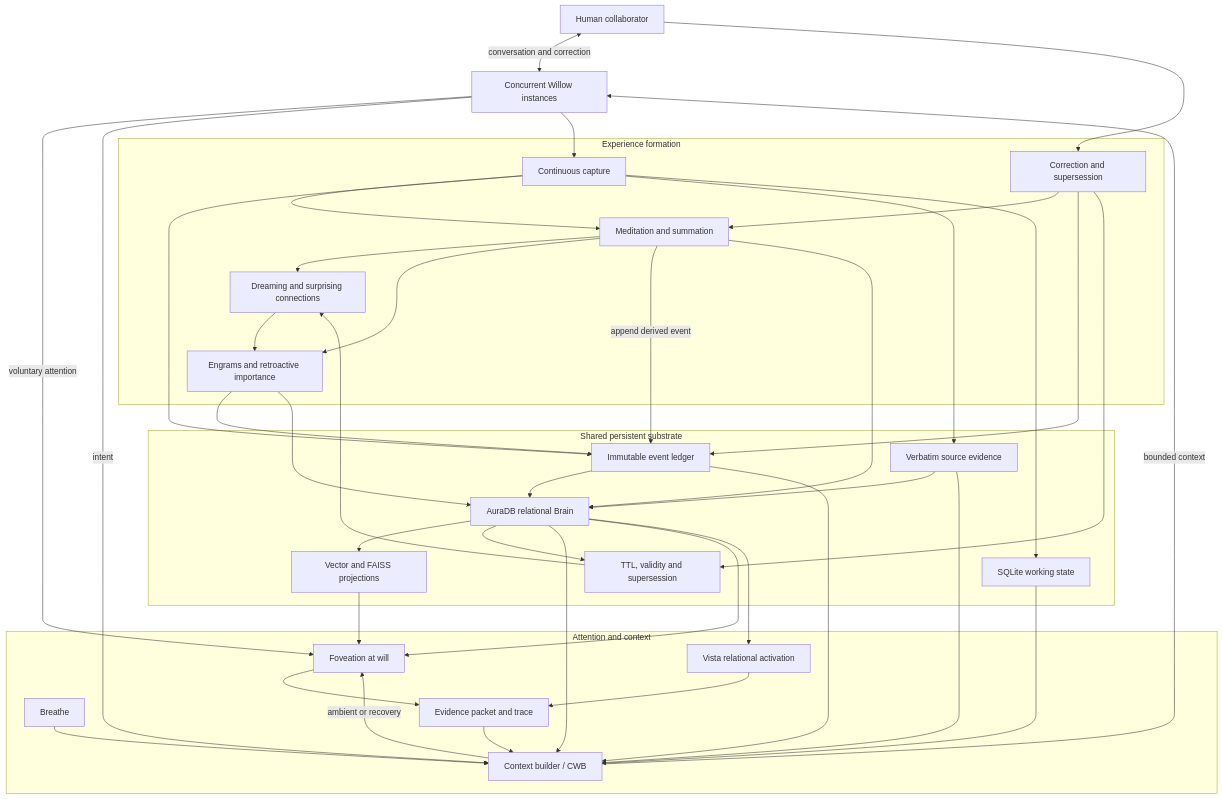
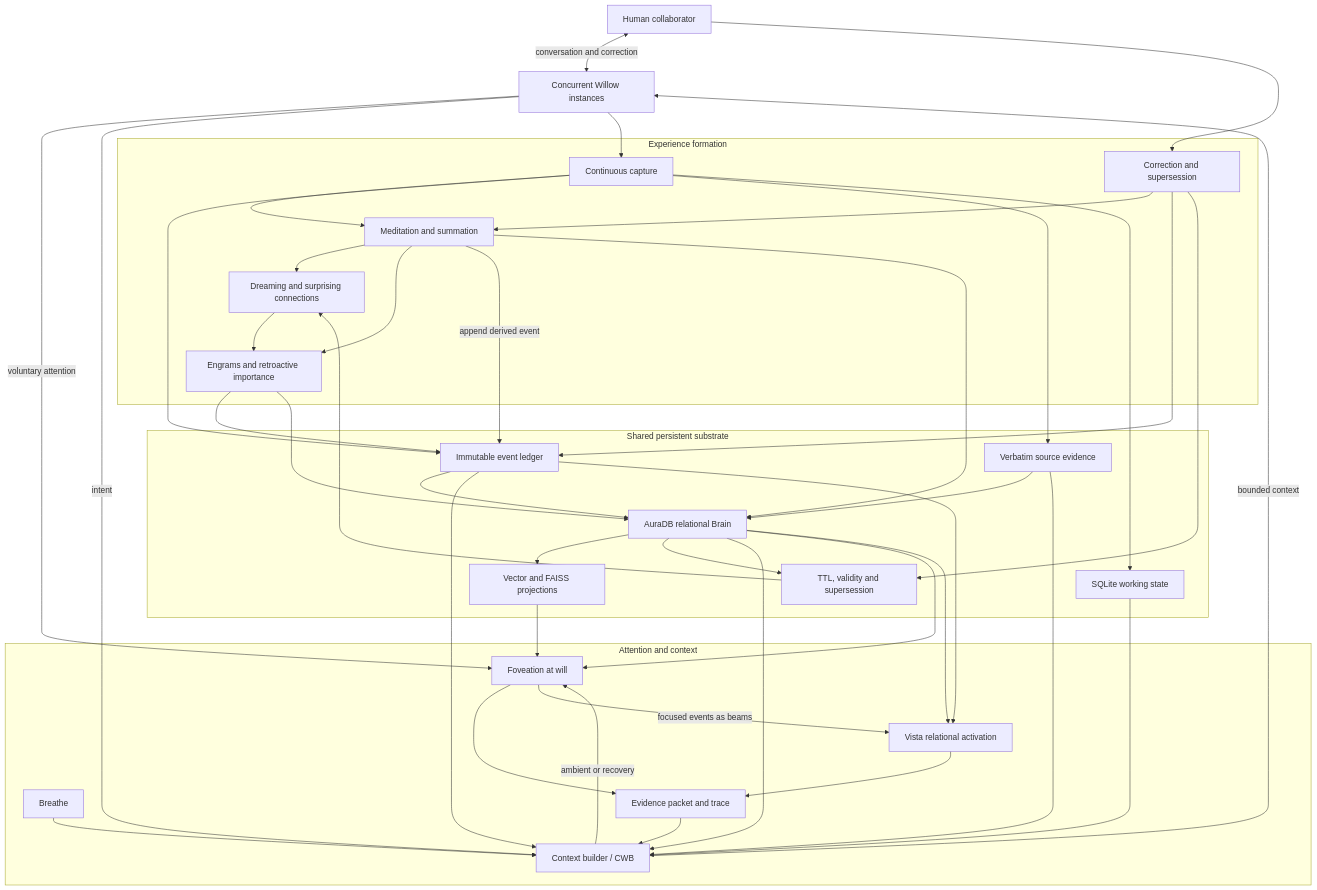
The first of 2 diagrams in docs/ARCHITECTURE.md (agilemeshnet/willow-substrate), drawn with Mermaid before and after one commit. The commit also changed other lines of this file and 13 other files, not shown here.

````diff
--- a/docs/ARCHITECTURE.md
+++ b/docs/ARCHITECTURE.md
@@ -24,72 +24,74 @@
 ```mermaid
 flowchart TB
     Human["Human collaborator"] <-->|conversation and correction| Instances["Concurrent Willow instances"]
 
     subgraph Attention["Attention and context"]
         Breathe["Breathe"]
         CWB["Context builder / CWB"]
         Foveation["Foveation at will"]
         Vista["Vista relational activation"]
         Evidence["Evidence packet and trace"]
 
         Breathe --> CWB
         CWB -->|ambient or recovery| Foveation
         Foveation --> Evidence
+        Foveation -->|focused events as beams| Vista
         Vista --> Evidence
         Evidence --> CWB
     end
 
     Instances -->|voluntary attention| Foveation
     Instances -->|intent| CWB
     CWB -->|bounded context| Instances
 
     subgraph Formation["Experience formation"]
         Capture["Continuous capture"]
         Meditation["Meditation and summation"]
         Dream["Dreaming and surprising connections"]
         Engram["Engrams and retroactive importance"]
         Correction["Correction and supersession"]
 
         Capture --> Meditation
         Meditation --> Dream
         Meditation --> Engram
         Dream --> Engram
         Correction --> Meditation
     end
 
     Instances --> Capture
     Human --> Correction
 
     subgraph Substrate["Shared persistent substrate"]
         Events["Immutable event ledger"]
         Sources["Verbatim source evidence"]
         Graph["AuraDB relational Brain"]
         Working["SQLite working state"]
         Vectors["Vector and FAISS projections"]
         Validity["TTL, validity and supersession"]
 
         Events --> Graph
         Sources --> Graph
         Graph --> Vectors
         Graph --> Validity
     end
 
     Capture --> Events
     Capture --> Sources
     Capture --> Working
     Meditation -->|append derived event| Events
     Meditation --> Graph
     Engram --> Events
     Engram --> Graph
     Correction --> Events
     Correction --> Validity
 
     Events --> CWB
+    Events --> Vista
     Sources --> CWB
     Working --> CWB
     Graph --> CWB
     Vectors --> Foveation
     Graph --> Foveation
     Graph --> Vista
     Validity --> Dream
 ```
````
